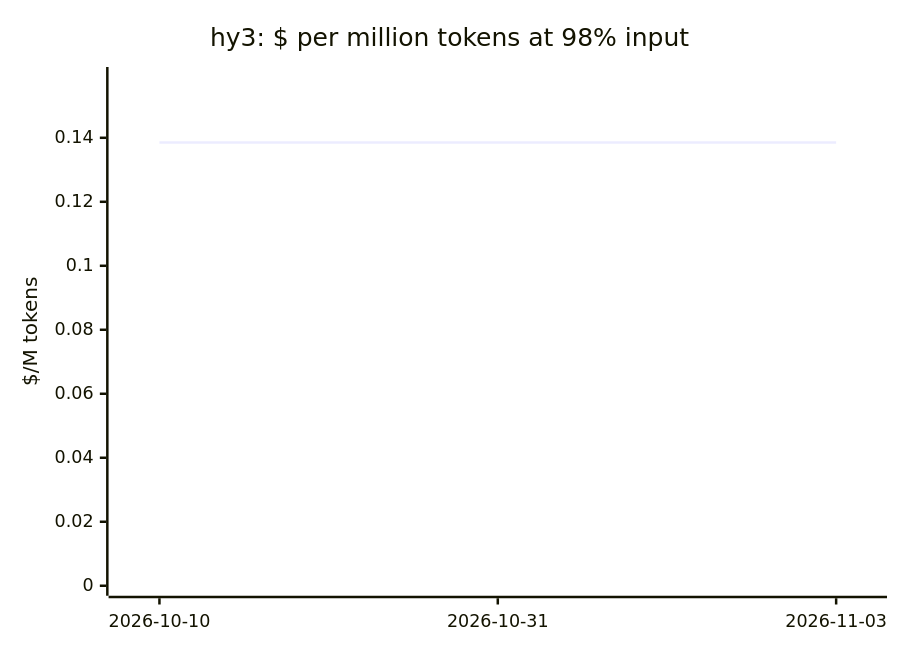
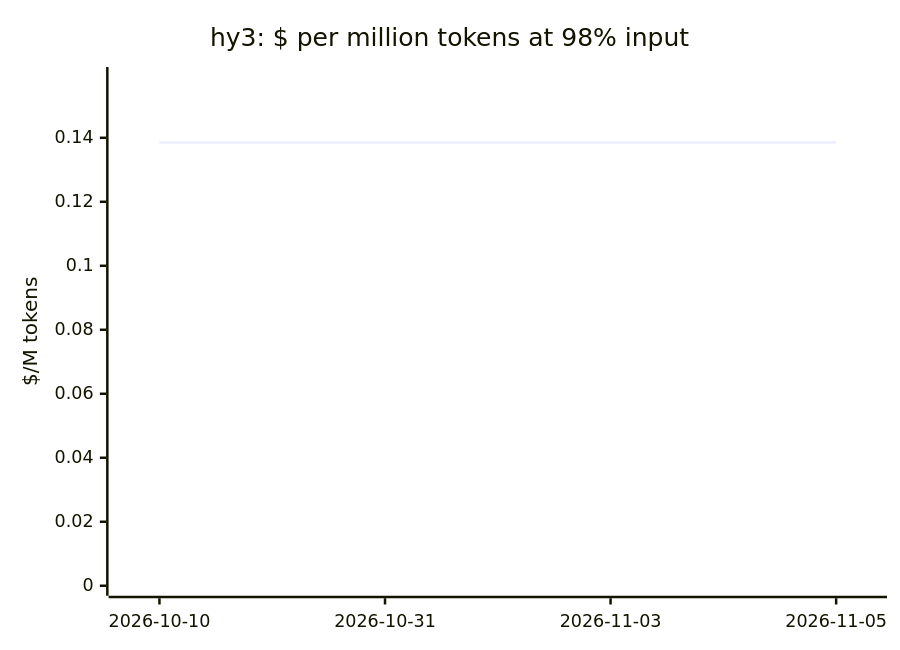
One commit to cklukas/OMEGA_TRANSFORM changed diagram 17 of 20 in docs/openrouter-models.md. Above: the diagram before and after it, drawn with Mermaid. The commit also changed other lines of this file and 291 other files, not shown here.

````diff
--- a/docs/openrouter-models.md
+++ b/docs/openrouter-models.md
@@ -284,7 +287,7 @@
 ```mermaid
 xychart-beta
     title "hy3: $ per million tokens at 98% input"
-    x-axis ["2026-10-10", "2026-10-31", "2026-11-03"]
+    x-axis ["2026-10-10", "2026-10-31", "2026-11-03", "2026-11-05"]
     y-axis "$/M tokens" 0 --> 0.159
-    line [0.1385, 0.1385, 0.1385]
+    line [0.1385, 0.1385, 0.1385, 0.1385]
 ```
````
